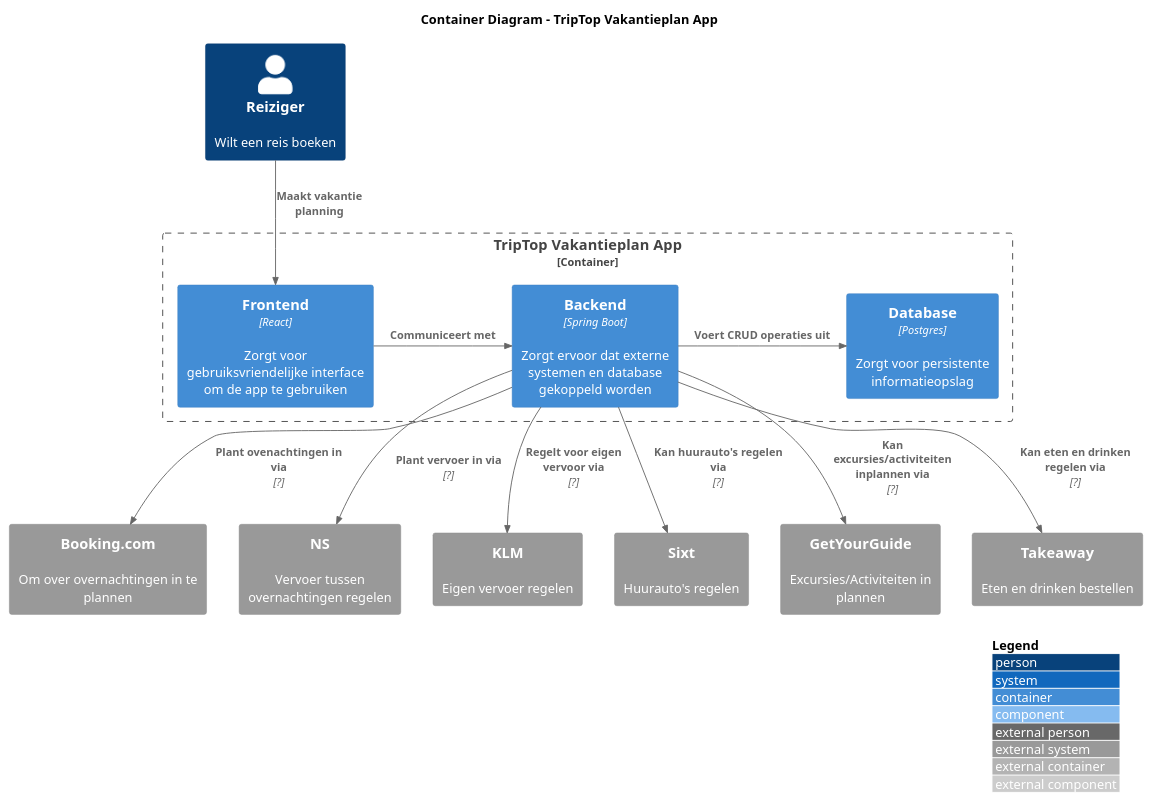
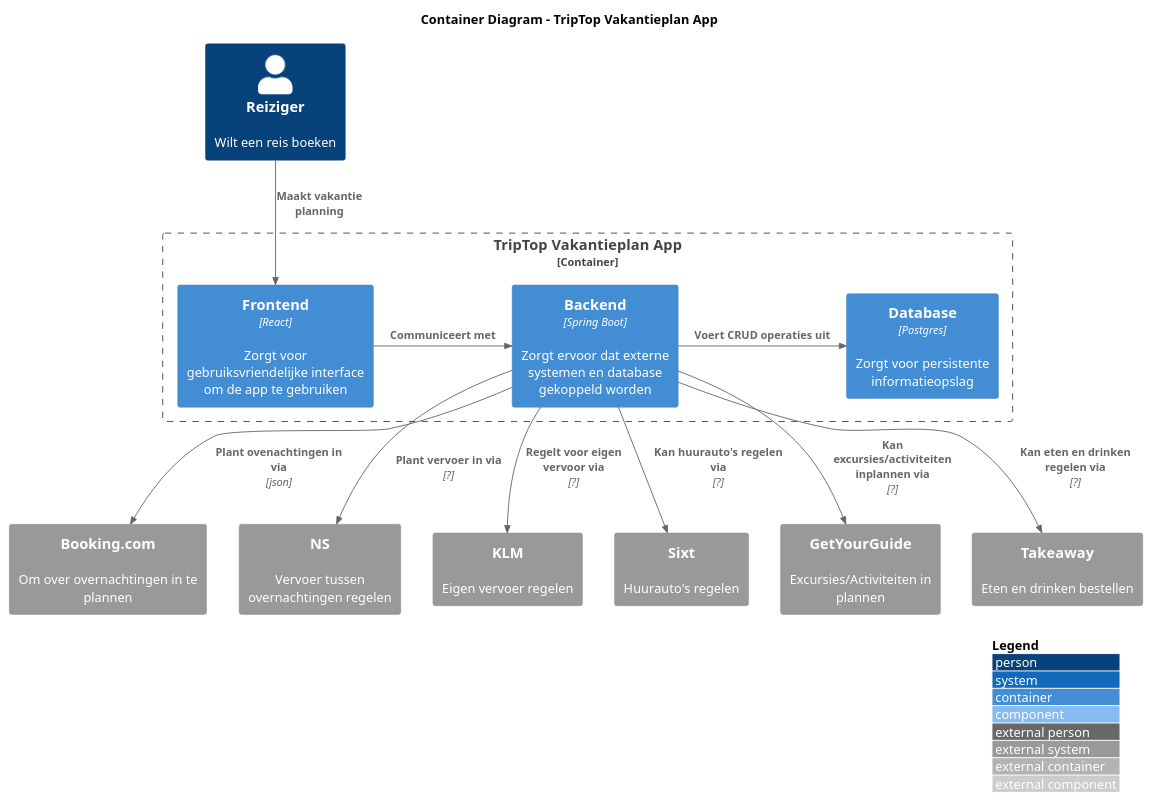
Before and after one commit to AIM-ENE-feb25/triptop-groep-3-pedro-ramon-mees: the diagram in opdracht-diagrammen/container_diagram_reis_boeken_ramon.puml, drawn with PlantUML.

Commit message:
modified:   container_diagram_reis_boeken_ramon.puml

```diff
--- a/opdracht-diagrammen/container_diagram_reis_boeken_ramon.puml
+++ b/opdracht-diagrammen/container_diagram_reis_boeken_ramon.puml
@@ -1,37 +1,37 @@
 @startuml container_diagram_reis_boeken_ramon
 
 !include https://raw.githubusercontent.com/plantuml-stdlib/C4-PlantUML/master/C4_Component.puml
 
 title Container Diagram - TripTop Vakantieplan App
 
 Person(reiziger, "Reiziger", "Wilt een reis boeken")
 
 Container_Boundary(boundary, "TripTop Vakantieplan App") {
     Container(frontend, "Frontend", "React",       "Zorgt voor gebruiksvriendelijke interface om de app te gebruiken")
     Container(backend,  "Backend",  "Spring Boot", "Zorgt ervoor dat externe systemen en database gekoppeld worden")
     Container(db,       "Database", "Postgres",    "Zorgt voor persistente informatieopslag")
 }
  
 System_Ext(booking,  "Booking.com",  "Om over overnachtingen in te plannen")
 System_Ext(ns,       "NS",           "Vervoer tussen overnachtingen regelen")
 System_Ext(klm,      "KLM",          "Eigen vervoer regelen")
 System_Ext(sixt,     "Sixt",         "Huurauto's regelen")
 System_Ext(gyg,      "GetYourGuide", "Excursies/Activiteiten in plannen")
 System_Ext(takeaway, "Takeaway",     "Eten en drinken bestellen")
 
 Rel(reiziger, frontend, "Maakt vakantie planning")
 
 Rel_R(frontend, backend, "Communiceert met")
 Rel_R(backend,  db,      "Voert CRUD operaties uit")
 
-Rel(backend, booking,          "Plant ovenachtingen in via",               "?")
+Rel(backend, booking,          "Plant ovenachtingen in via",               "json")
 Rel(backend, ns,               "Plant vervoer in via",                     "?")
 Rel(backend, klm,              "Regelt voor eigen vervoor via",            "?")
 Rel(backend, sixt,             "Kan huurauto's regelen via",               "?")
 Rel(backend, gyg,              "Kan excursies/activiteiten inplannen via", "?")
 Rel(backend, takeaway,         "Kan eten en drinken regelen via",          "?")
 
 SHOW_LEGEND(true)
 LAYOUT_WITH_LEGEND()
 
 @enduml
```
